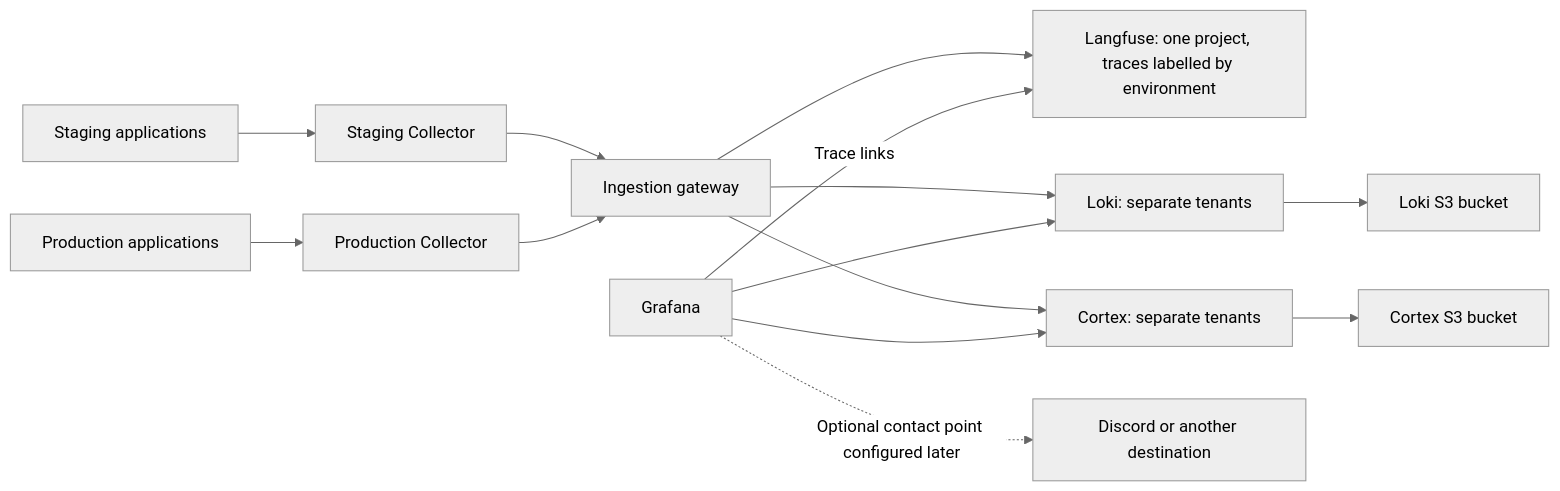
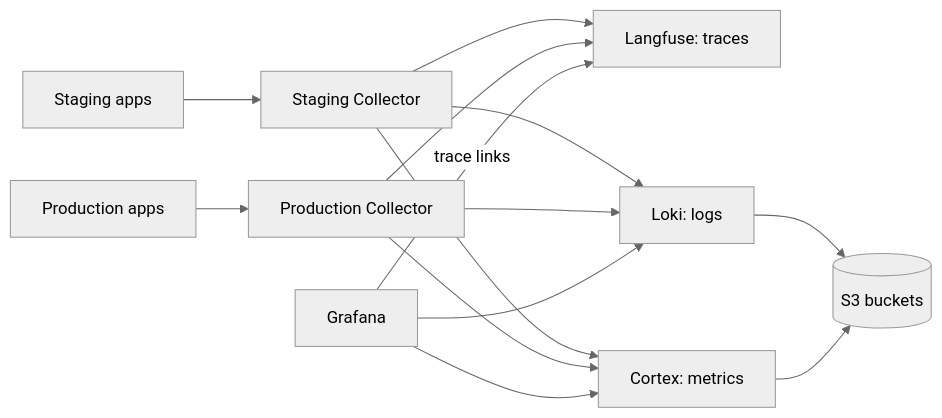
Before and after one commit to the-liems/relohome: the diagram in docs/runbooks/observability.md, drawn with Mermaid (neutral theme). The commit also changed other lines of this file and 20 other files, not shown here.

First line of the commit message:
chore(observability): one tenant, no gateway, short runbook

````diff
--- a/docs/runbooks/observability.md
+++ b/docs/runbooks/observability.md
@@ -10,16 +10,12 @@
 ```mermaid
 flowchart LR
-    S[Staging applications] --> SC[Staging Collector]
-    P[Production applications] --> PC[Production Collector]
-    SC --> G[Ingestion gateway]
-    PC --> G
-    G --> LF[Langfuse: one project, traces labelled by environment]
-    G --> L[Loki: separate tenants]
-    G --> M[Cortex: separate tenants]
-    M --> CS3[Cortex S3 bucket]
-    L --> LS3[Loki S3 bucket]
-    F[Grafana] --> M
-    F --> L
-    F -->|Trace links| LF
-    F -. Optional contact point configured later .-> D[Discord or another destination]
+    S[Staging apps] --> SC[Staging Collector]
+    P[Production apps] --> PC[Production Collector]
+    SC & PC --> LF[Langfuse: traces]
+    SC & PC --> L[Loki: logs]
+    SC & PC --> M[Cortex: metrics]
+    L & M --> S3[(S3 buckets)]
+    G[Grafana] --> L
+    G --> M
+    G -->|trace links| LF
 ```
````
